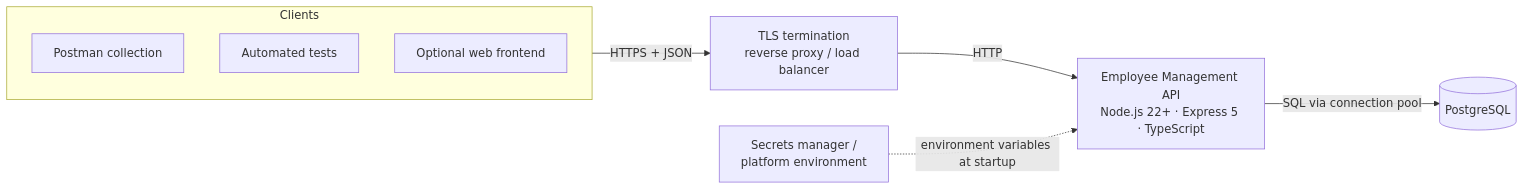
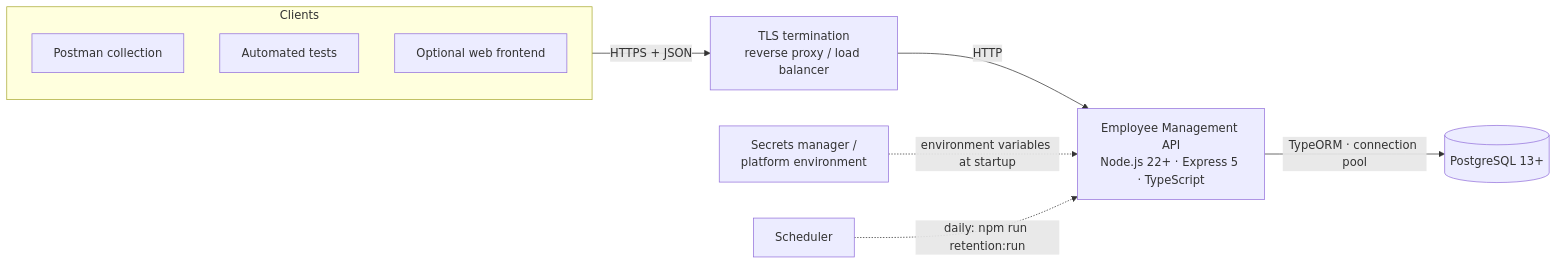
One commit to expedite-atul/express-ts-starter-v2.0.0 changed the first of 4 diagrams in docs/hld.md. Above: the diagram before and after it, drawn with Mermaid. The commit also changed other lines of this file and 120 other files, not shown here.

````diff
--- a/docs/hld.md
+++ b/docs/hld.md
@@ -27,12 +28,13 @@
 ```mermaid
 flowchart LR
     subgraph Clients
         PM[Postman collection]
         T[Automated tests]
         SPA[Optional web frontend]
     end
     Clients -- "HTTPS + JSON" --> TLS[TLS termination<br/>reverse proxy / load balancer]
     TLS -- HTTP --> API[Employee Management API<br/>Node.js 22+ · Express 5 · TypeScript]
-    API -- "SQL via connection pool" --> DB[(PostgreSQL)]
+    API -- "TypeORM · connection pool" --> DB[(PostgreSQL 13+)]
     SM[Secrets manager /<br/>platform environment] -. "environment variables at startup" .-> API
+    JOB[Scheduler] -. "daily: npm run retention:run" .-> API
 ```
````
